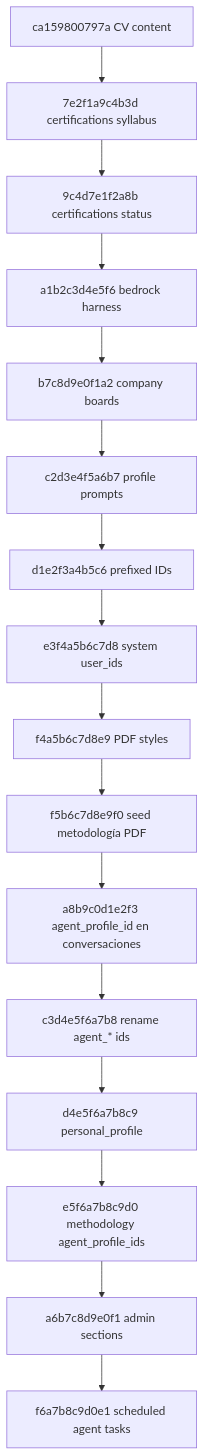
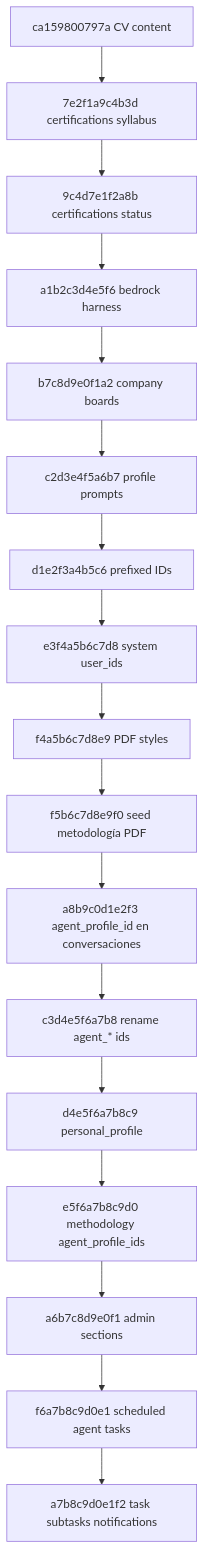
Before and after one commit to cjhirashi/cjhirashi-career: the diagram in cjhirashi-career-api/alembic/versions/README.md, drawn with Mermaid. The commit also changed other lines of this file and 208 other files, not shown here.

````diff
--- a/cjhirashi-career-api/alembic/versions/README.md
+++ b/cjhirashi-career-api/alembic/versions/README.md
@@ -7,18 +7,19 @@
 ```mermaid
 flowchart TD
     A[ca159800797a CV content] --> B[7e2f1a9c4b3d certifications syllabus]
     B --> C[9c4d7e1f2a8b certifications status]
     C --> D[a1b2c3d4e5f6 bedrock harness]
     D --> E[b7c8d9e0f1a2 company boards]
     E --> F[c2d3e4f5a6b7 profile prompts]
     F --> G[d1e2f3a4b5c6 prefixed IDs]
     G --> H[e3f4a5b6c7d8 system user_ids]
     H --> I[f4a5b6c7d8e9 PDF styles]
     I --> J[f5b6c7d8e9f0 seed metodología PDF]
     J --> K[a8b9c0d1e2f3 agent_profile_id en conversaciones]
     K --> L[c3d4e5f6a7b8 rename agent_* ids]
     L --> M[d4e5f6a7b8c9 personal_profile]
     M --> N[e5f6a7b8c9d0 methodology agent_profile_ids]
     N --> O[a6b7c8d9e0f1 admin sections]
     O --> P[f6a7b8c9d0e1 scheduled agent tasks]
+    P --> Q[a7b8c9d0e1f2 task subtasks notifications]
 ```
````
